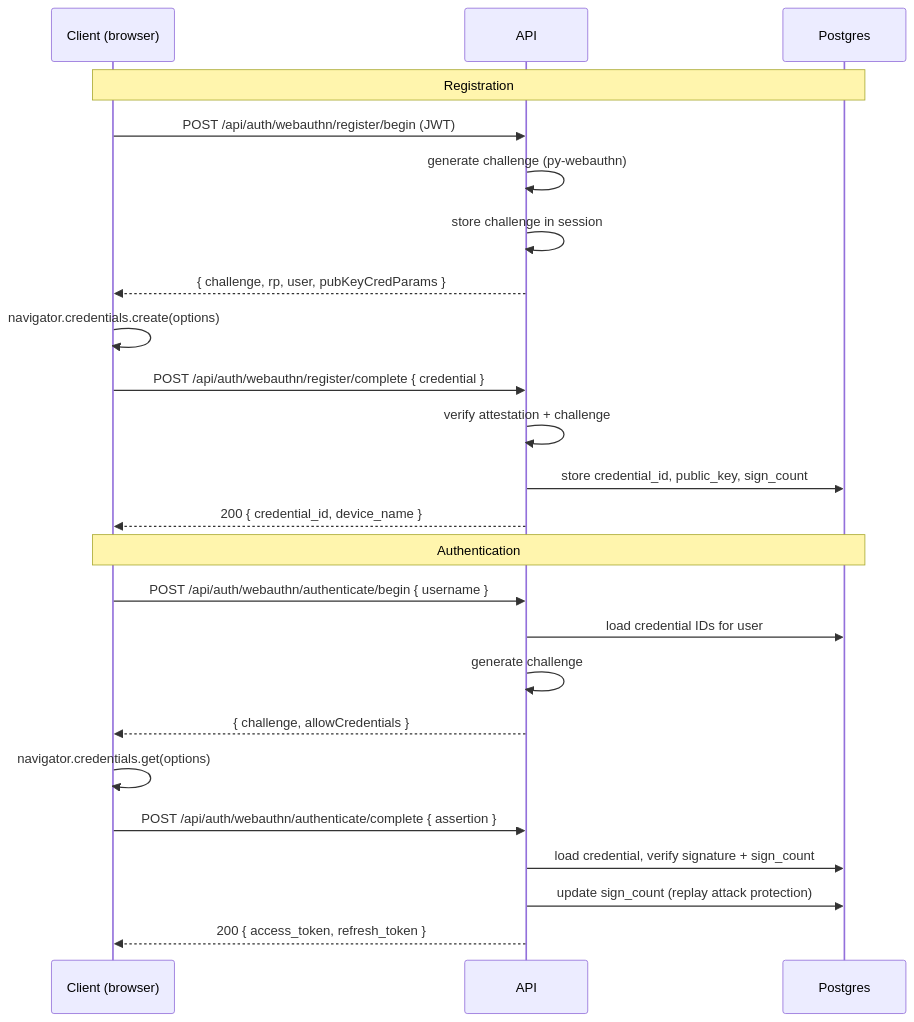
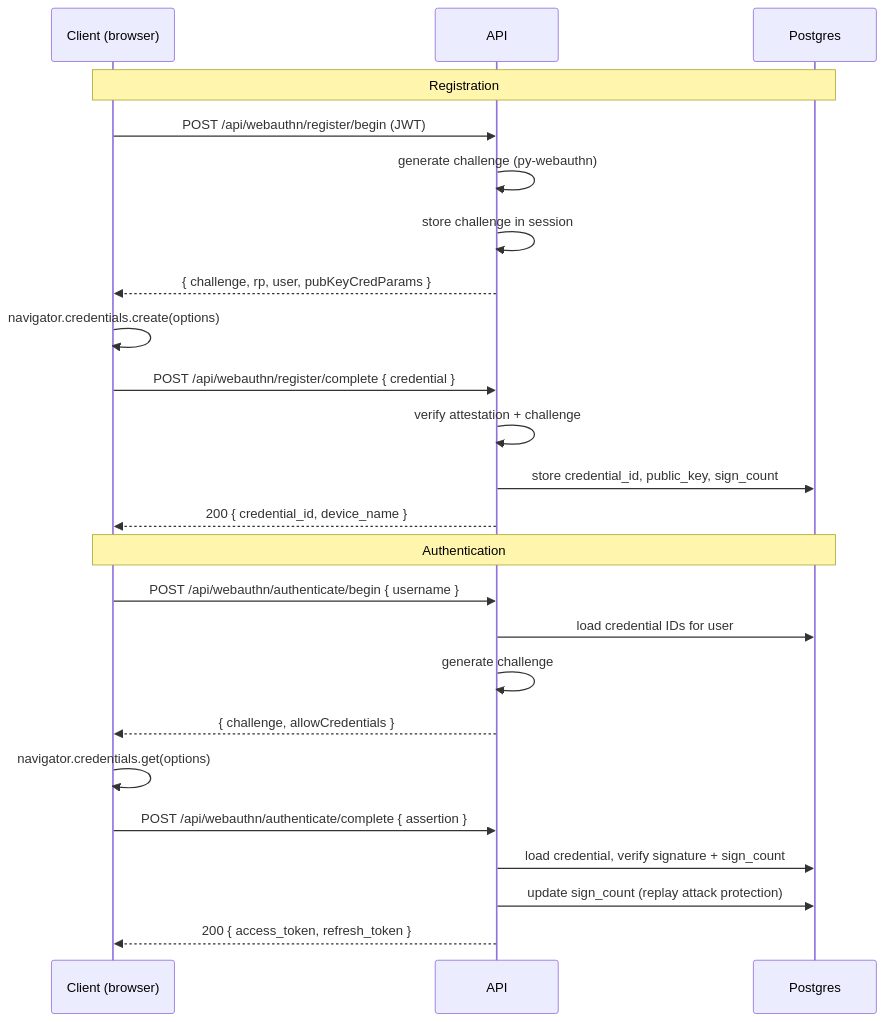
The sixth of 10 diagrams in docs/AUTH.md (mattjaikaran/fastapi-boilerplate), drawn with Mermaid before and after one commit. The commit also changed other lines of this file and 6 other files, not shown here.

````diff
--- a/docs/AUTH.md
+++ b/docs/AUTH.md
@@ -198,30 +214,30 @@
 ```mermaid
 sequenceDiagram
     participant C as Client (browser)
     participant A as API
     participant DB as Postgres
 
     Note over C,DB: Registration
-    C->>A: POST /api/auth/webauthn/register/begin (JWT)
+    C->>A: POST /api/webauthn/register/begin (JWT)
     A->>A: generate challenge (py-webauthn)
     A->>A: store challenge in session
     A-->>C: { challenge, rp, user, pubKeyCredParams }
 
     C->>C: navigator.credentials.create(options)
-    C->>A: POST /api/auth/webauthn/register/complete { credential }
+    C->>A: POST /api/webauthn/register/complete { credential }
     A->>A: verify attestation + challenge
     A->>DB: store credential_id, public_key, sign_count
     A-->>C: 200 { credential_id, device_name }
 
     Note over C,DB: Authentication
-    C->>A: POST /api/auth/webauthn/authenticate/begin { username }
+    C->>A: POST /api/webauthn/authenticate/begin { username }
     A->>DB: load credential IDs for user
     A->>A: generate challenge
     A-->>C: { challenge, allowCredentials }
 
     C->>C: navigator.credentials.get(options)
-    C->>A: POST /api/auth/webauthn/authenticate/complete { assertion }
+    C->>A: POST /api/webauthn/authenticate/complete { assertion }
     A->>DB: load credential, verify signature + sign_count
     A->>DB: update sign_count (replay attack protection)
     A-->>C: 200 { access_token, refresh_token }
 ```
````
